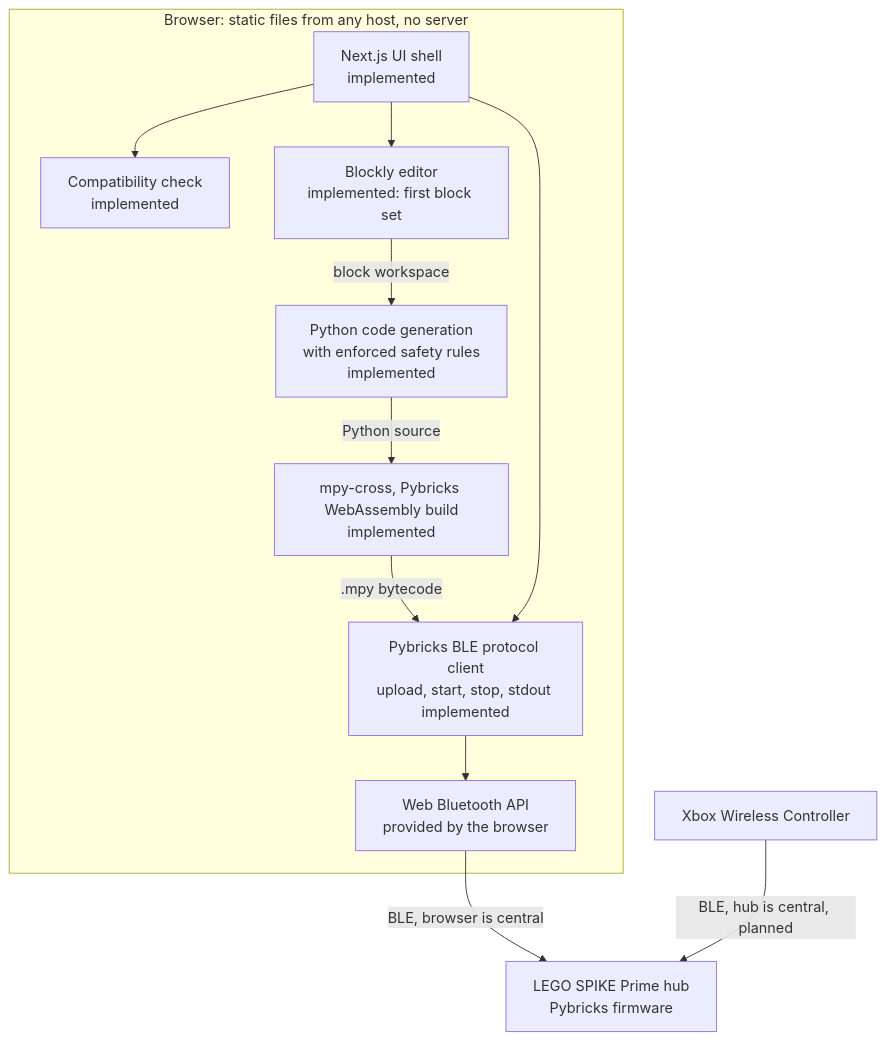
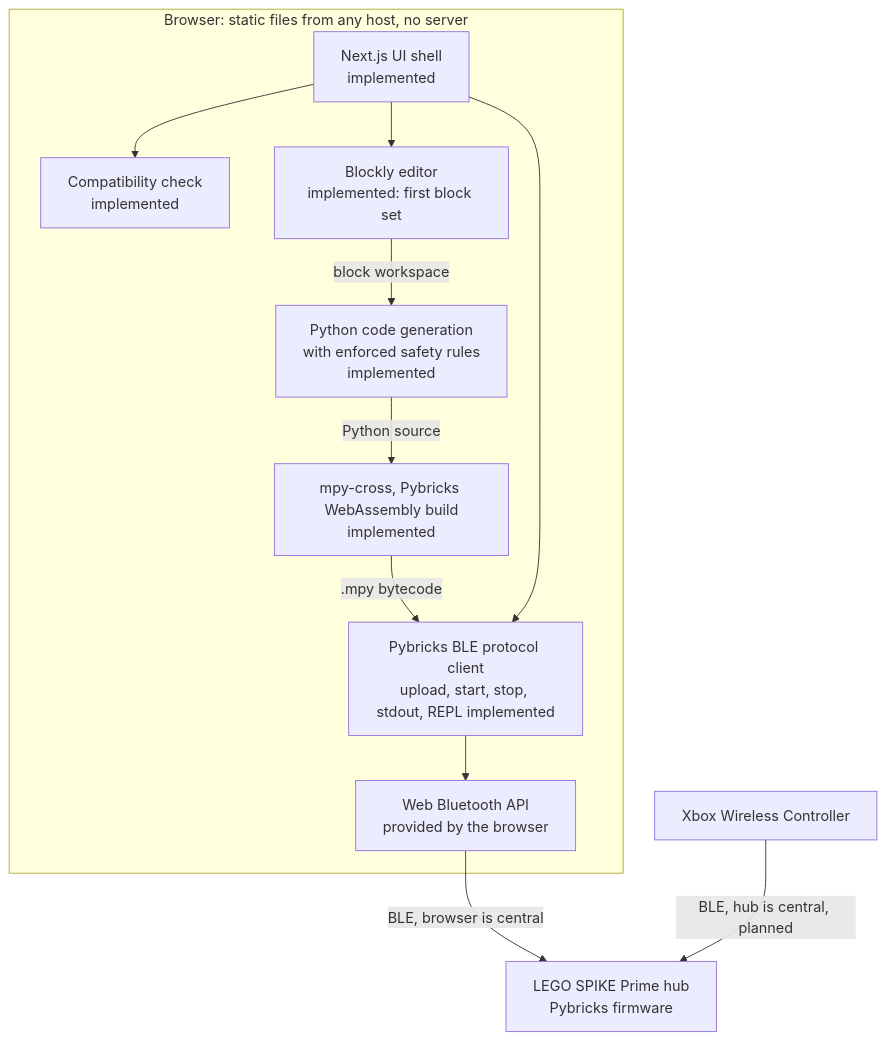
Before and after one commit to lumduan/matpilot: the diagram in docs/architecture.md, drawn with Mermaid. The commit also changed other lines of this file and 7 other files, not shown here.

````diff
--- a/docs/architecture.md
+++ b/docs/architecture.md
@@ -11,25 +11,25 @@
 ```mermaid
 flowchart TD
     subgraph BROWSER["Browser: static files from any host, no server"]
         UI["Next.js UI shell<br/>implemented"]
         COMPAT["Compatibility check<br/>implemented"]
         BLOCKLY["Blockly editor<br/>implemented: first block set"]
         CODEGEN["Python code generation<br/>with enforced safety rules<br/>implemented"]
         MPY["mpy-cross, Pybricks WebAssembly build<br/>implemented"]
-        PROTO["Pybricks BLE protocol client<br/>upload, start, stop, stdout implemented"]
+        PROTO["Pybricks BLE protocol client<br/>upload, start, stop, stdout, REPL implemented"]
         WEBBT["Web Bluetooth API<br/>provided by the browser"]
     end
 
     HUB["LEGO SPIKE Prime hub<br/>Pybricks firmware"]
     PAD["Xbox Wireless Controller"]
 
     UI --> COMPAT
     UI --> BLOCKLY
     BLOCKLY -->|"block workspace"| CODEGEN
     CODEGEN -->|"Python source"| MPY
     MPY -->|".mpy bytecode"| PROTO
     UI --> PROTO
     PROTO --> WEBBT
     WEBBT -->|"BLE, browser is central"| HUB
     PAD -->|"BLE, hub is central, planned"| HUB
 ```
````
